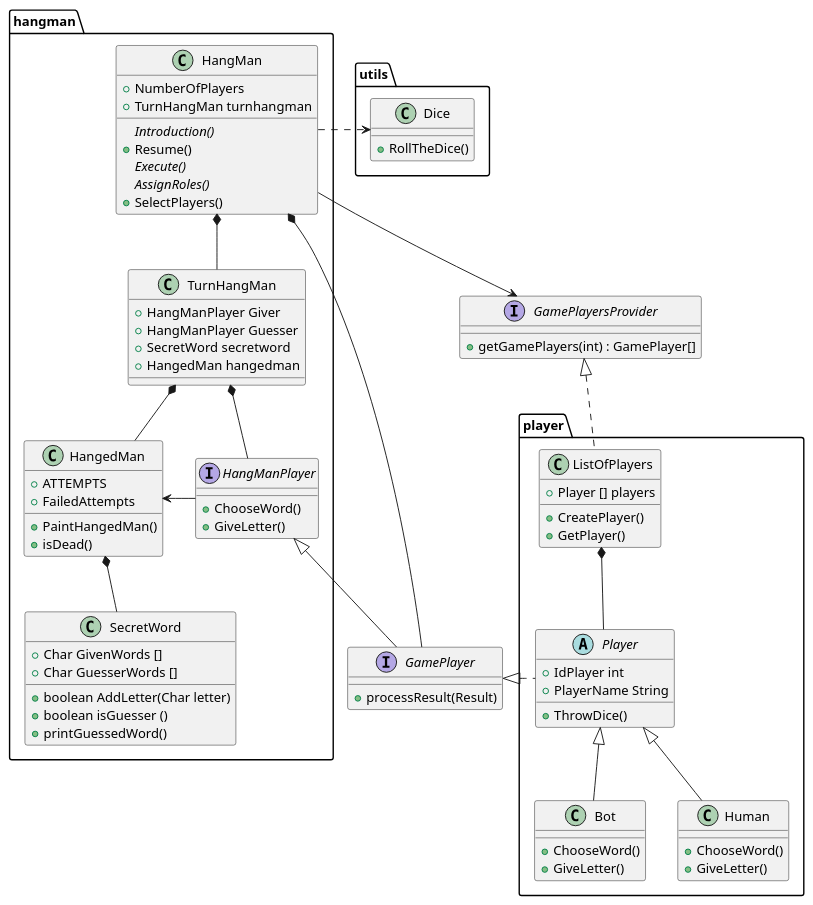
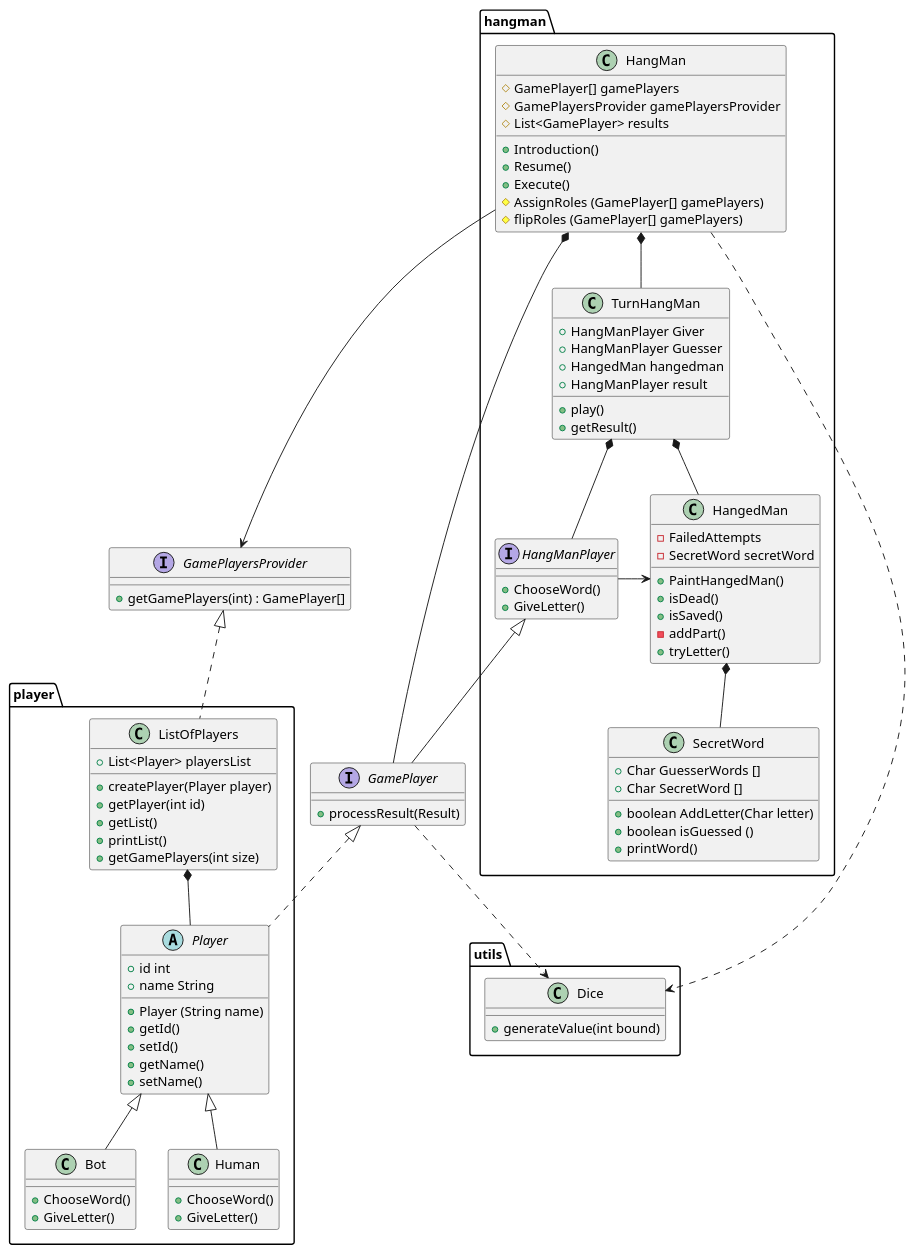
Before and after one commit to Gabs16TL/Games_Platform: the diagram in diagrams/ClassDiagramHangMan.wsd, drawn with PlantUML. The commit also changed 2 other files, not shown here.

Commit message:
Se modificaron los diagramas con respecto al código

```diff
--- a/diagrams/ClassDiagramHangMan.wsd
+++ b/diagrams/ClassDiagramHangMan.wsd
@@ -1,93 +1,108 @@
 @startuml
 
 package hangman {
     class HangMan {
-        +NumberOfPlayers
-        +TurnHangMan turnhangman
-        {abstract}Introduction()
-        +Resume()
-        {abstract}Execute()
-        {abstract}AssignRoles()
-        +SelectPlayers()
+        # GamePlayer[] gamePlayers
+        # GamePlayersProvider gamePlayersProvider
+        # List<GamePlayer> results
+        + Introduction()
+        + Resume()
+        + Execute()
+        # AssignRoles (GamePlayer[] gamePlayers)
+        # flipRoles (GamePlayer[] gamePlayers)
     }
     class SecretWord {
-        +Char GivenWords []
         +Char GuesserWords []
+        +Char SecretWord []
         +boolean AddLetter(Char letter)
-        +boolean isGuesser ()
-        +printGuessedWord()
+        +boolean isGuessed ()
+        +printWord()
     }
     class TurnHangMan {
         +HangManPlayer Giver
         +HangManPlayer Guesser
-        +SecretWord secretword
         +HangedMan hangedman
+        +HangManPlayer result
+        +play()
+        +getResult()
     }
-    class HangedMan {   
-        +ATTEMPTS    
-        +FailedAttempts
+    class HangedMan {
+        -FailedAttempts
+        -SecretWord secretWord
         +PaintHangedMan()
         +isDead()
+        +isSaved()
+        -addPart()
+        +tryLetter()
     }
     interface HangManPlayer {
         +ChooseWord()
         +GiveLetter()
     }
 }
 
 package player {
     abstract class Player {
-        +IdPlayer int
-        +PlayerName String
-        +ThrowDice()
+        +id int
+        +name String
+        +Player (String name)
+        +getId()
+        +setId()
+        +getName()
+        +setName()
     }
     class ListOfPlayers {
-        +Player [] players
-        +CreatePlayer()
-        +GetPlayer()
+        +List<Player> playersList
+        +createPlayer(Player player)
+        +getPlayer(int id)
+        +getList()
+        +printList()
+        +getGamePlayers(int size)
     }
     class Bot {
         +ChooseWord()
         +GiveLetter()
     }
     class Human {
         +ChooseWord()
         +GiveLetter()
     }
 }
 
 interface GamePlayersProvider {
-        + getGamePlayers(int) : GamePlayer[]
+    + getGamePlayers(int) : GamePlayer[]
 }
 
 interface GamePlayer {
-        + processResult(Result)
+    + processResult(Result)
 }
 
 package utils {
     class Dice {
-        +RollTheDice()
+        +generateValue(int bound)
     }
 }
 
 HangMan *--TurnHangMan
 HangMan --> GamePlayersProvider
 HangMan .right.> Dice
 HangMan *-- GamePlayer
 
 Player <|-- Bot
 Player <|-- Human
-Player .left.|> GamePlayer
+Player .up.|> GamePlayer
 
 TurnHangMan *-- HangedMan
 TurnHangMan *-- HangManPlayer
 
 HangedMan *-- SecretWord
 
 HangManPlayer -left-> HangedMan
 HangManPlayer <|-- GamePlayer
 
 ListOfPlayers *-- Player
 ListOfPlayers .up.|> GamePlayersProvider
 
+GamePlayer ..>Dice
+
 @enduml
```
